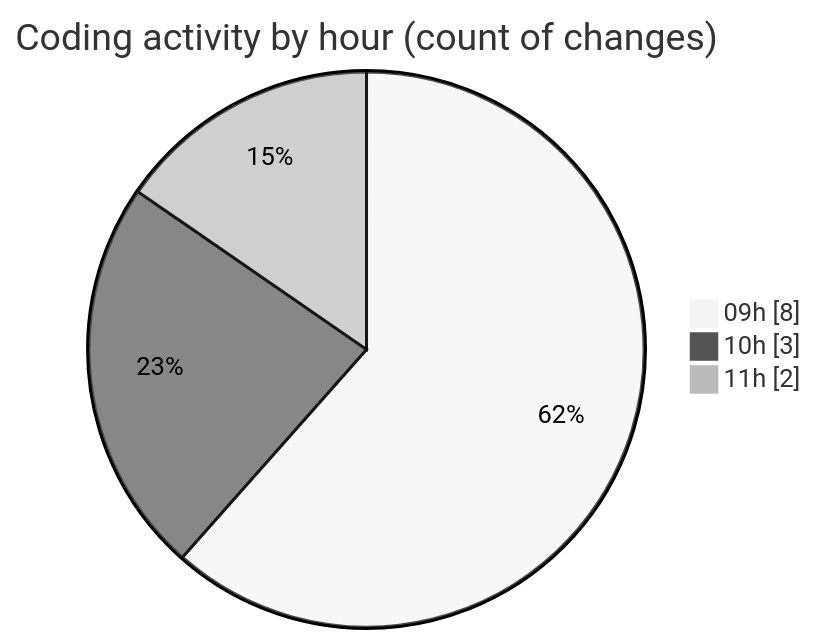
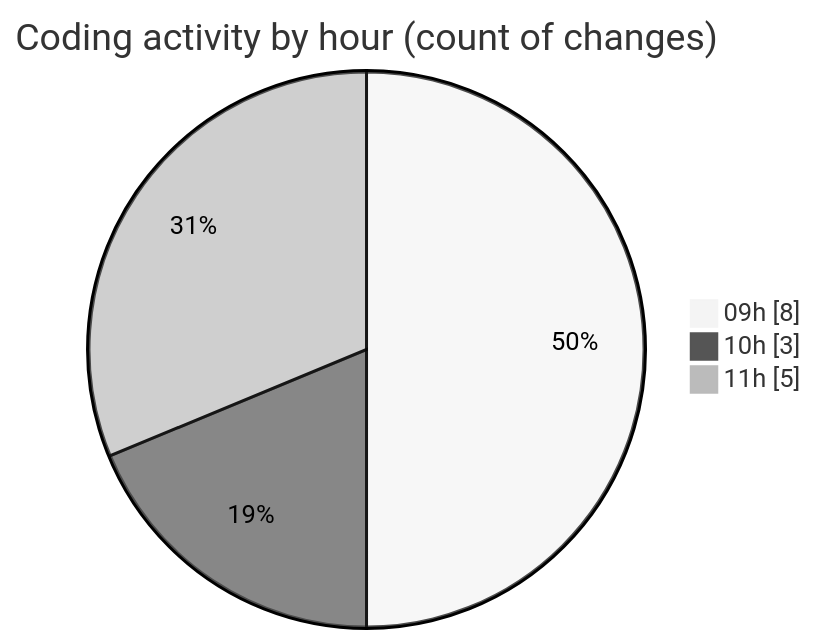
Before and after one commit to LanceThiago/code-tracking: the second of 2 diagrams in 2025-05-14/web/README.md, drawn with Mermaid (neutral theme). The commit also changed other lines of this file and 1 other file, not shown here.

````diff
--- a/2025-05-14/web/README.md
+++ b/2025-05-14/web/README.md
@@ -28,7 +28,7 @@
 ```mermaid
 pie showData
 title Coding activity by hour (count of changes)
 "09h" : 8
 "10h" : 3
-"11h" : 2
+"11h" : 5
 ```
````
